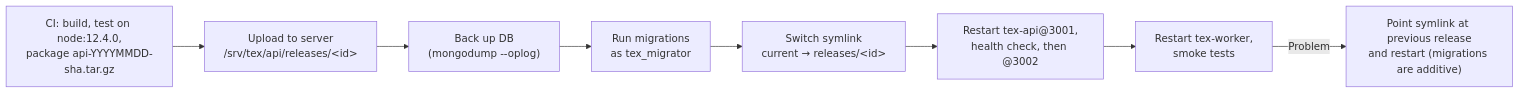
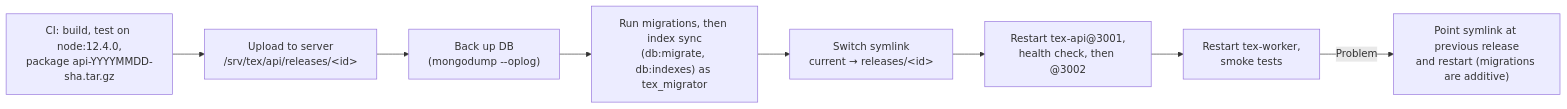
One commit to greensoft-atom/tex-platform changed the fifth of 6 diagrams in 11-target-runtime-node12-mongodb.md. Above: the diagram before and after it, drawn with Mermaid. The commit also changed other lines of this file and 43 other files, not shown here.

````diff
--- a/11-target-runtime-node12-mongodb.md
+++ b/11-target-runtime-node12-mongodb.md
@@ -418,10 +434,10 @@
 ```mermaid
 flowchart LR
     A["CI: build, test on node:12.4.0,<br/>package api-YYYYMMDD-sha.tar.gz"] --> B["Upload to server<br/>/srv/tex/api/releases/&lt;id&gt;"]
     B --> C["Back up DB<br/>(mongodump --oplog)"]
-    C --> D["Run migrations<br/>as tex_migrator"]
+    C --> D["Run migrations, then index sync<br/>(db:migrate, db:indexes) as tex_migrator"]
     D --> E["Switch symlink<br/>current → releases/&lt;id&gt;"]
     E --> F["Restart tex-api@3001,<br/>health check, then @3002"]
     F --> G["Restart tex-worker,<br/>smoke tests"]
     G -->|"Problem"| R["Point symlink at previous release<br/>and restart (migrations are additive)"]
 ```
````
